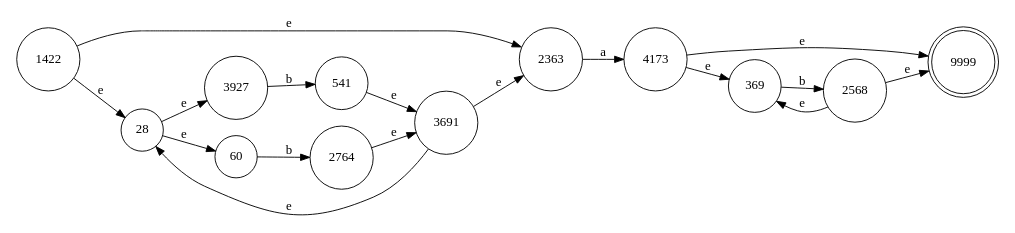
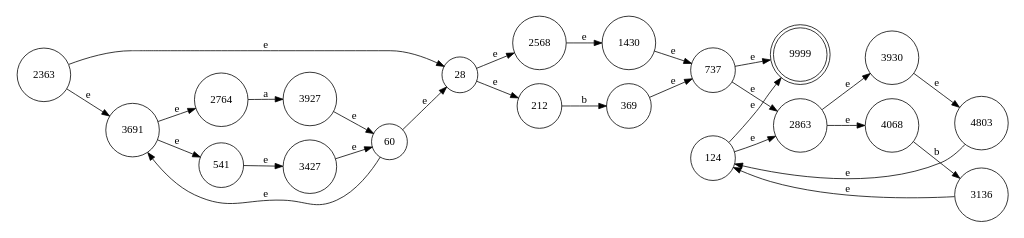
The diagram in thompson.gv (paulbelches/scannerAndParserGenerator), drawn with Graphviz before and after one commit. The commit also changed 10 other files, not shown here.

```diff
--- a/thompson.gv
+++ b/thompson.gv
@@ -1,38 +1,58 @@
 digraph finite_state_machine {
 	rankdir=LR size="8,5"
 	node [shape=doublecircle]
 	9999
 	node [shape=circle]
-	1422 -> 2363 [label=e
+	124 -> 2863 [label=e
 ]
-	1422 -> 28 [label=e
+	124 -> 9999 [label=e
 ]
-	2363 -> 4173 [label=a
+	1430 -> 737 [label=e
 ]
-	2568 -> 369 [label=e
+	212 -> 369 [label=b
 ]
-	2568 -> 9999 [label=e
+	2363 -> 28 [label=e
 ]
-	2764 -> 3691 [label=e
+	2363 -> 3691 [label=e
 ]
-	28 -> 3927 [label=e
+	2568 -> 1430 [label=e
 ]
-	28 -> 60 [label=e
+	2764 -> 3927 [label=a
 ]
-	369 -> 2568 [label=b
+	28 -> 212 [label=e
 ]
-	3691 -> 2363 [label=e
+	28 -> 2568 [label=e
 ]
-	3691 -> 28 [label=e
+	2863 -> 3930 [label=e
 ]
-	3927 -> 541 [label=b
+	2863 -> 4068 [label=e
 ]
-	4173 -> 369 [label=e
+	3136 -> 124 [label=e
 ]
-	4173 -> 9999 [label=e
+	3427 -> 60 [label=e
 ]
-	541 -> 3691 [label=e
+	369 -> 737 [label=e
 ]
-	60 -> 2764 [label=b
+	3691 -> 2764 [label=e
+]
+	3691 -> 541 [label=e
+]
+	3927 -> 60 [label=e
+]
+	3930 -> 4803 [label=e
+]
+	4068 -> 3136 [label=b
+]
+	4803 -> 124 [label=e
+]
+	541 -> 3427 [label=e
+]
+	60 -> 28 [label=e
+]
+	60 -> 3691 [label=e
+]
+	737 -> 2863 [label=e
+]
+	737 -> 9999 [label=e
 ]
 }
```
